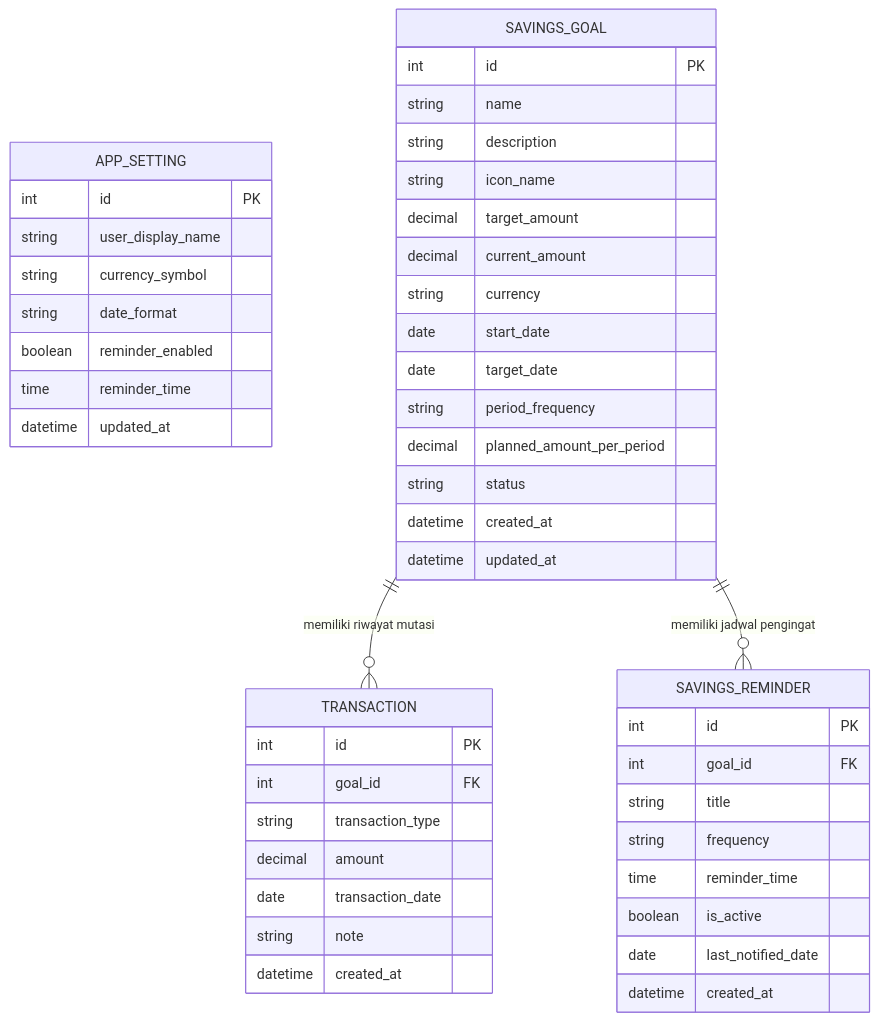
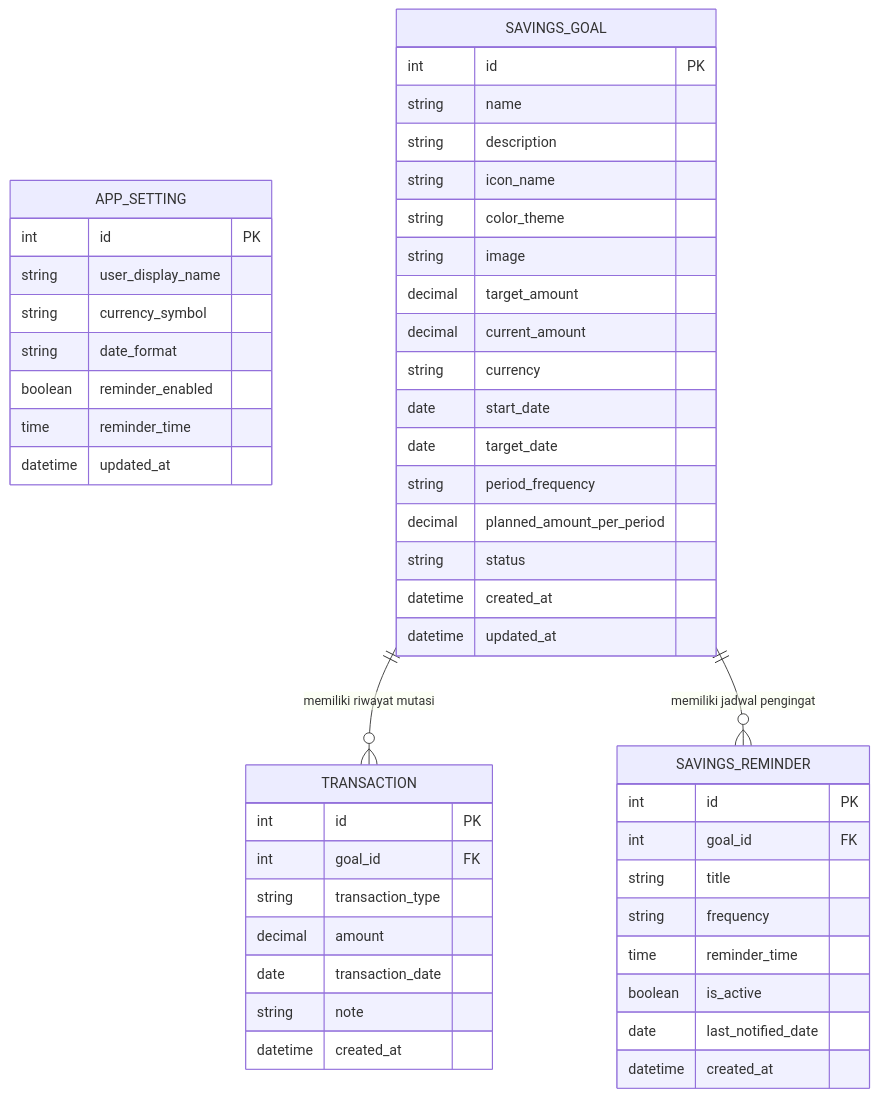
The third of 3 diagrams in PRD_AND_ERD.md (AliAlhafidz/PencatatTabungan), drawn with Mermaid before and after one commit. The commit also changed other lines of this file and 1 other file, not shown here.

Commit message:
docs: synchronize PRD, ERD, User Flow, and README with latest features and UI adjustments

````diff
--- a/PRD_AND_ERD.md
+++ b/PRD_AND_ERD.md
@@ -191,53 +204,55 @@
 ```mermaid
 erDiagram
     APP_SETTING {
         int id PK
         string user_display_name
         string currency_symbol
         string date_format
         boolean reminder_enabled
         time reminder_time
         datetime updated_at
     }
 
     SAVINGS_GOAL {
         int id PK
         string name
         string description
         string icon_name
+        string color_theme
+        string image
         decimal target_amount
         decimal current_amount
         string currency
         date start_date
         date target_date
         string period_frequency
         decimal planned_amount_per_period
         string status
         datetime created_at
         datetime updated_at
     }
 
     TRANSACTION {
         int id PK
         int goal_id FK
         string transaction_type
         decimal amount
         date transaction_date
         string note
         datetime created_at
     }
 
     SAVINGS_REMINDER {
         int id PK
         int goal_id FK
         string title
         string frequency
         time reminder_time
         boolean is_active
         date last_notified_date
         datetime created_at
     }
 
     SAVINGS_GOAL ||--o{ TRANSACTION : "memiliki riwayat mutasi"
     SAVINGS_GOAL ||--o{ SAVINGS_REMINDER : "memiliki jadwal pengingat"
 ```
````
